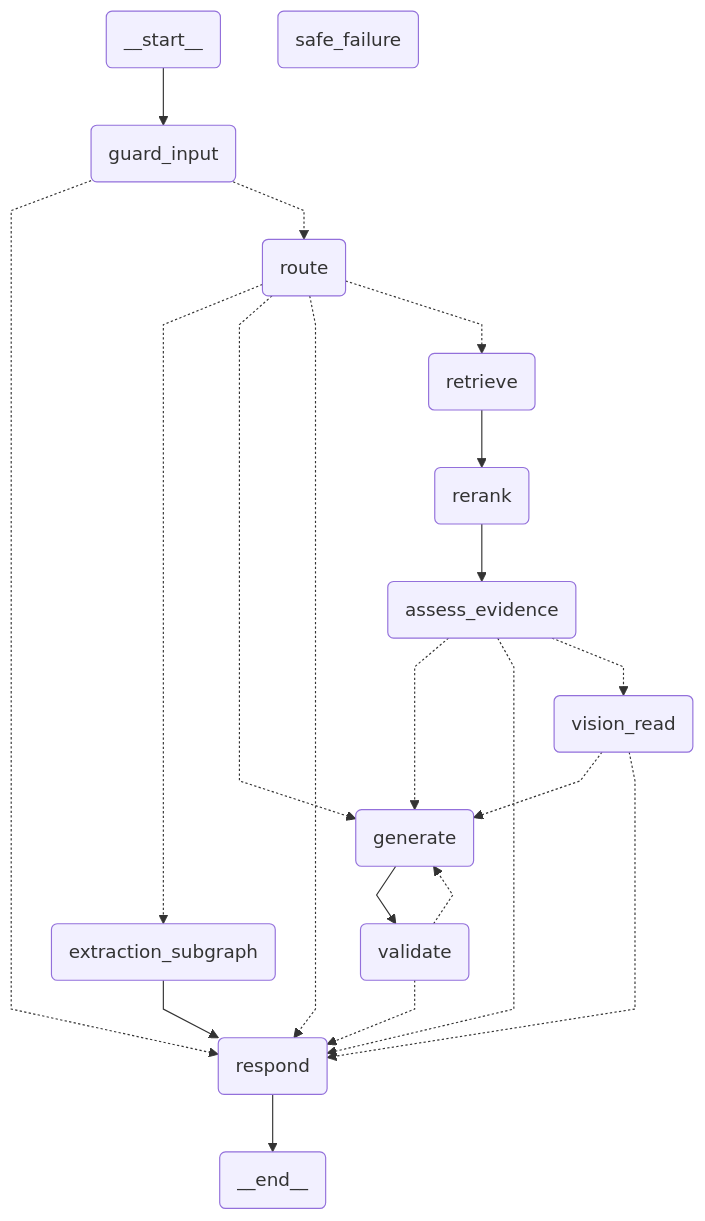
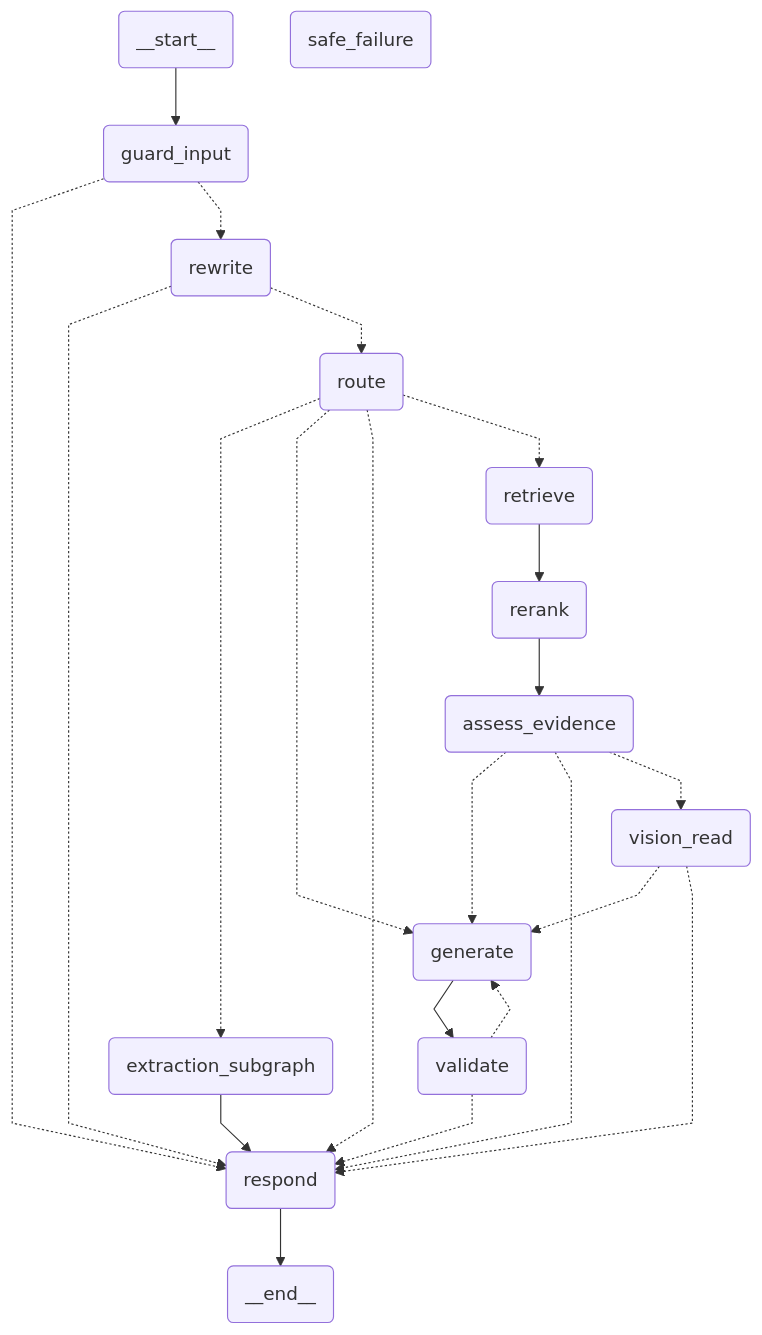
One commit to hemanth-kumar-makkala/chatbot-project changed the first of 2 diagrams in docs/graph.md. Above: the diagram before and after it, drawn with Mermaid. The commit also changed 31 other files, not shown here.

````diff
--- a/docs/graph.md
+++ b/docs/graph.md
@@ -8,44 +8,47 @@
 ```mermaid
 ---
 config:
   flowchart:
     curve: linear
 ---
 graph TD;
 	__start__(<p>__start__</p>)
 	guard_input(guard_input)
+	rewrite(rewrite)
 	route(route)
 	retrieve(retrieve)
 	rerank(rerank)
 	assess_evidence(assess_evidence)
 	vision_read(vision_read)
 	generate(generate)
 	validate(validate)
 	respond(respond)
 	safe_failure(safe_failure)
 	extraction_subgraph(extraction_subgraph)
 	__end__(<p>__end__</p>)
 	__start__ --> guard_input;
 	assess_evidence -.-> generate;
 	assess_evidence -.-> respond;
 	assess_evidence -.-> vision_read;
 	extraction_subgraph --> respond;
 	generate --> validate;
 	guard_input -.-> respond;
-	guard_input -.-> route;
+	guard_input -.-> rewrite;
 	rerank --> assess_evidence;
 	retrieve --> rerank;
+	rewrite -.-> respond;
+	rewrite -.-> route;
 	route -.-> extraction_subgraph;
 	route -.-> generate;
 	route -.-> respond;
 	route -.-> retrieve;
 	validate -.-> generate;
 	validate -.-> respond;
 	vision_read -.-> generate;
 	vision_read -.-> respond;
 	respond --> __end__;
 	classDef default fill:#f2f0ff,line-height:1.2
 	classDef first fill-opacity:0
 	classDef last fill:#bfb6fc
 
 ```
````
